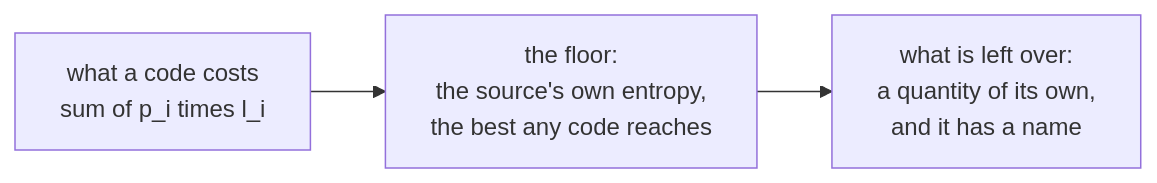
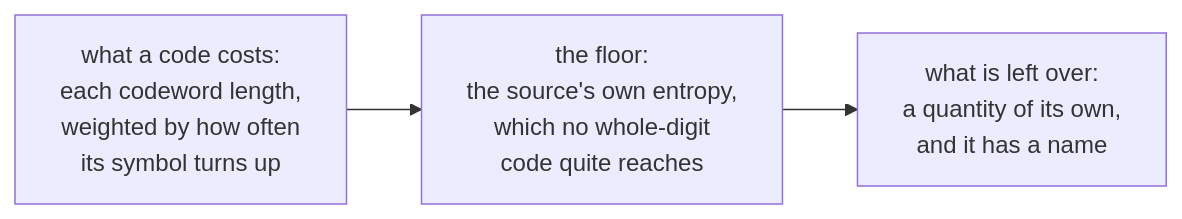
One commit to konradcinkusz/math-for-ai-engineers changed the diagram in figures/mermaid/en/p30-two-pieces.mmd. Above: the diagram before and after it, drawn with Mermaid. The commit also changed 8 other files, not shown here.

```diff
--- a/figures/mermaid/en/p30-two-pieces.mmd
+++ b/figures/mermaid/en/p30-two-pieces.mmd
@@ -1,3 +1,3 @@
 graph LR
-  A["what a code costs<br/>sum of p_i times l_i"] --> B["the floor:<br/>the source's own entropy,<br/>the best any code reaches"]
+  A["what a code costs:<br/>each codeword length,<br/>weighted by how often<br/>its symbol turns up"] --> B["the floor:<br/>the source's own entropy,<br/>which no whole-digit<br/>code quite reaches"]
   B --> C["what is left over:<br/>a quantity of its own,<br/>and it has a name"]
```
